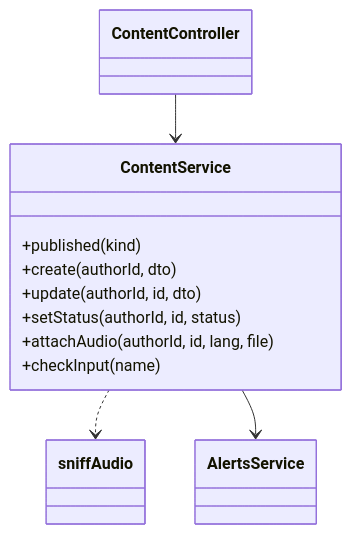
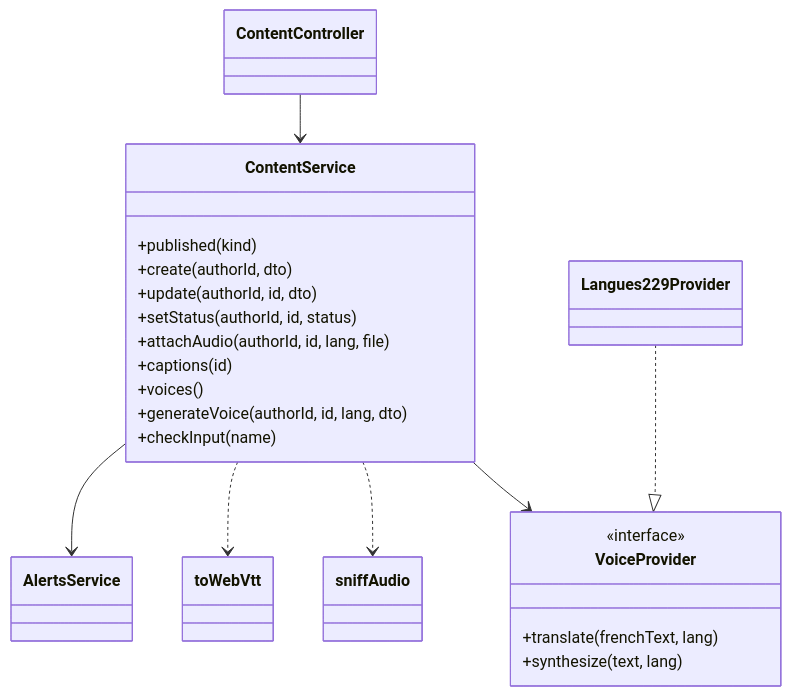
The diagram in docs/architecture/content/classes.md (misterkante/alerteagri), drawn with Mermaid before and after one commit. The commit also changed 4 other files, not shown here.

````diff
--- a/docs/architecture/content/classes.md
+++ b/docs/architecture/content/classes.md
@@ -3,17 +3,30 @@
 ```mermaid
 classDiagram
-%% source: backend/src/content, backend/src/alerts
+%% source: backend/src/content, backend/src/alerts, backend/src/domain
 class ContentController
 class ContentService {
   +published(kind)
   +create(authorId, dto)
   +update(authorId, id, dto)
   +setStatus(authorId, id, status)
   +attachAudio(authorId, id, lang, file)
+  +captions(id)
+  +voices()
+  +generateVoice(authorId, id, lang, dto)
   +checkInput(name)
 }
+class VoiceProvider {
+  <<interface>>
+  +translate(frenchText, lang)
+  +synthesize(text, lang)
+}
+class Langues229Provider
 class sniffAudio
+class toWebVtt
 ContentController --> ContentService
+ContentService --> VoiceProvider
+Langues229Provider ..|> VoiceProvider
 ContentService ..> sniffAudio
+ContentService ..> toWebVtt
 ContentService --> AlertsService
 ```
````
